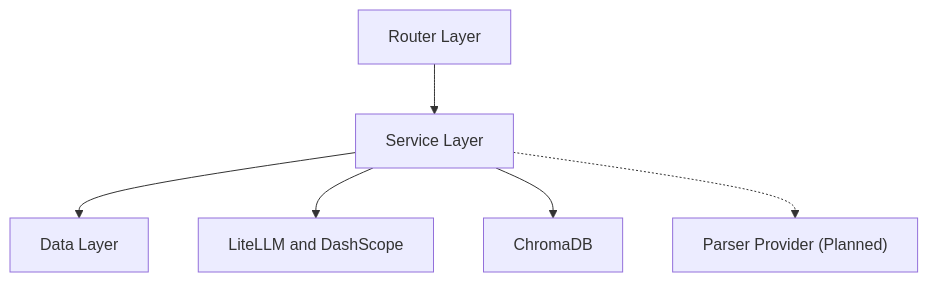
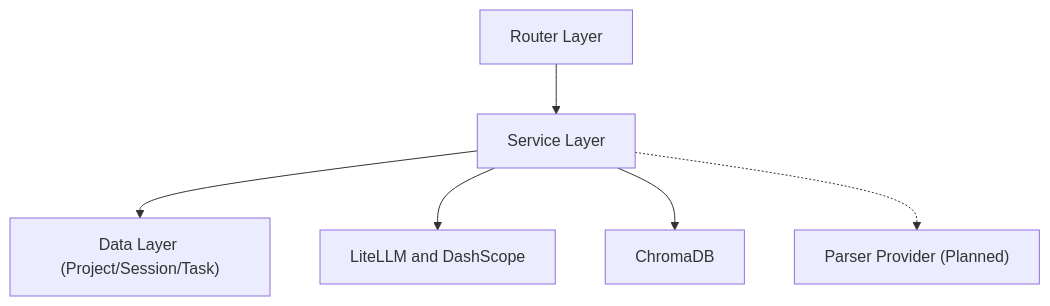
The diagram in docs/architecture/backend/overview.md (ln-one/Spectra), drawn with Mermaid before and after one commit. The commit also changed other lines of this file and 12 other files, not shown here.

Commit message:
Align architecture docs and add project-space target contract

````diff
--- a/docs/architecture/backend/overview.md
+++ b/docs/architecture/backend/overview.md
@@ -51,8 +68,8 @@
 ```mermaid
 flowchart TB
  Router["Router Layer"] --> Service["Service Layer"]
- Service --> Data["Data Layer"]
+ Service --> Data["Data Layer (Project/Session/Task)"]
  Service --> LLM["LiteLLM and DashScope"]
  Service --> Vector["ChromaDB"]
  Service -.-> Parser["Parser Provider (Planned)"]
 ```
````
